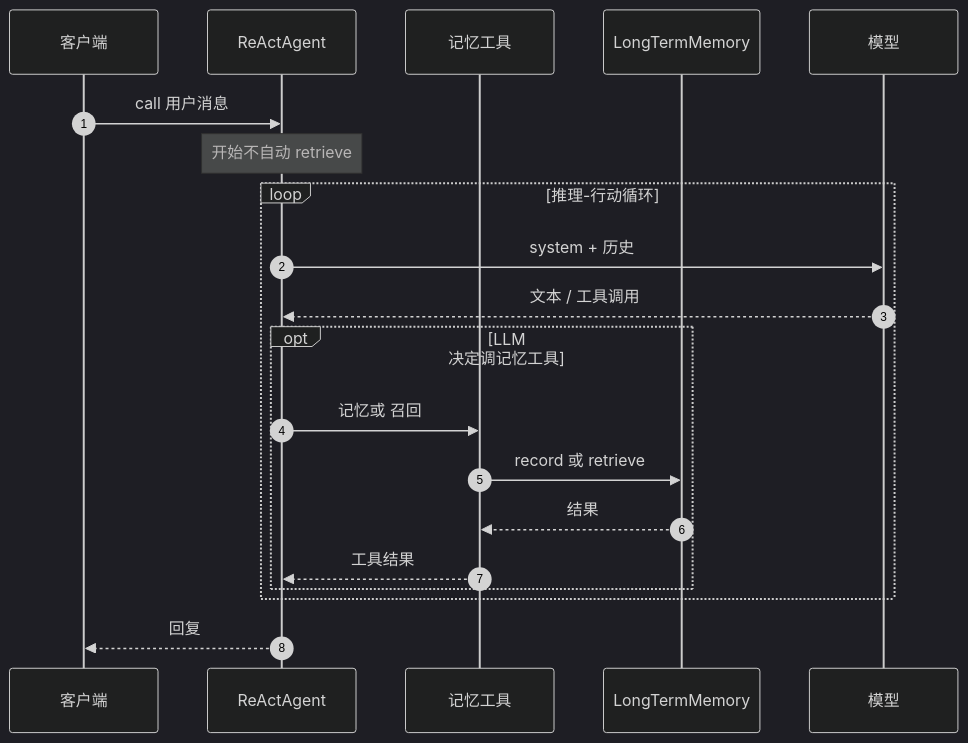
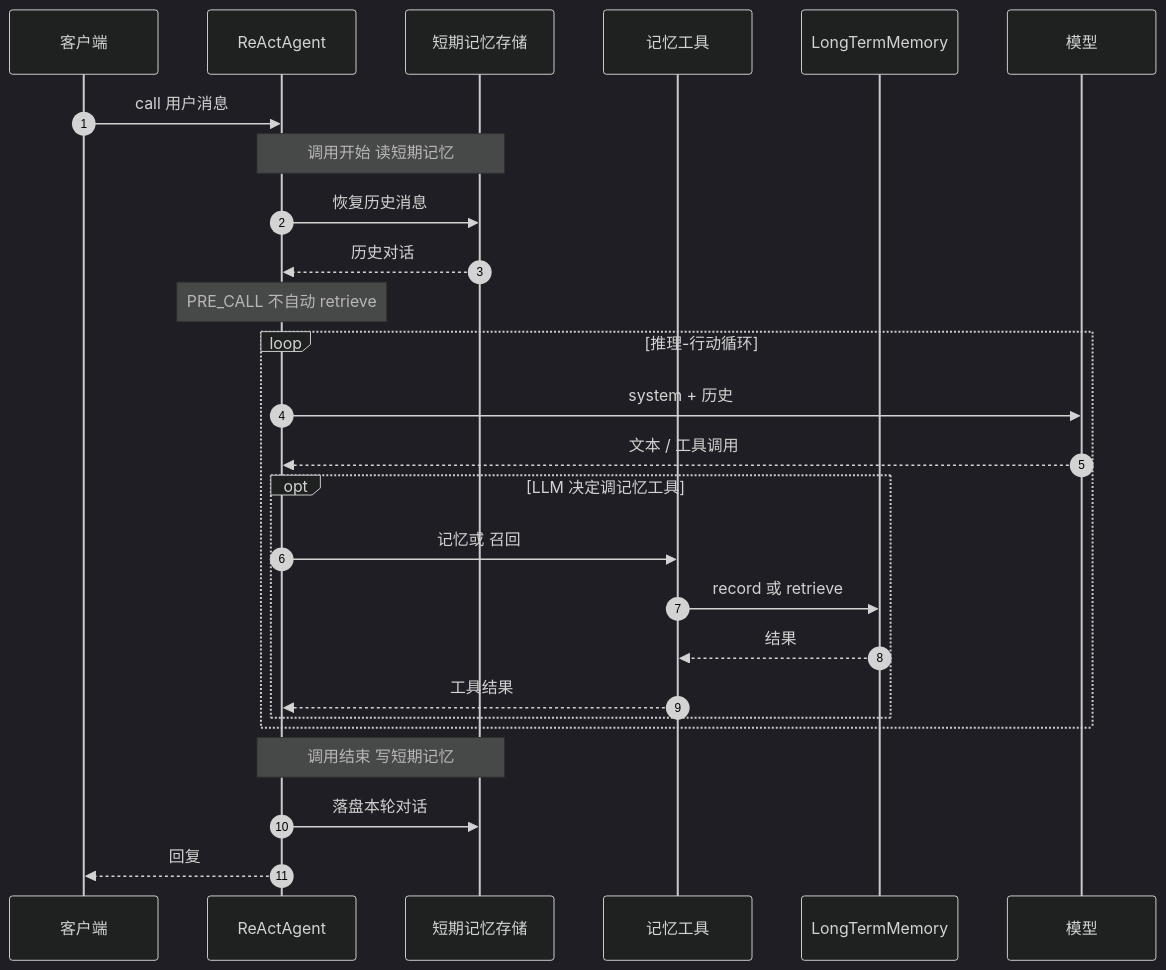
The third of 6 diagrams in docs/cn/sdk_user_guide/agentscope_memory_customer_guide.md (gaotong132/agentarts-sdk-java), drawn with Mermaid (dark theme) before and after one commit. The commit also changed other lines of this file, not shown here.

Commit message:
docs(customer): AGENT diagram add short-term memory lane (R/W at boundaries)
AGENT_CONTROL 图补短期记忆存储 lane: 调用开始恢复历史 加 调用结束落盘,
与 STATIC 一致; 区别只在长期记忆(LLM 调工具 vs 框架自动). 注明两种模式短期边界读写都有.

````diff
--- a/docs/cn/sdk_user_guide/agentscope_memory_customer_guide.md
+++ b/docs/cn/sdk_user_guide/agentscope_memory_customer_guide.md
@@ -97,23 +97,29 @@
 ```mermaid
 sequenceDiagram
     autonumber
     participant C as 客户端
     participant A as ReActAgent
+    participant S as 短期记忆存储
     participant T as 记忆工具
     participant L as LongTermMemory
     participant MM as 模型
 
     C->>A: call 用户消息
-    Note over A: 开始不自动 retrieve
+    Note over A,S: 调用开始 读短期记忆
+    A->>S: 恢复历史消息
+    S-->>A: 历史对话
+    Note over A: PRE_CALL 不自动 retrieve
     loop 推理-行动循环
         A->>MM: system + 历史
         MM-->>A: 文本 / 工具调用
         opt LLM 决定调记忆工具
             A->>T: 记忆或 召回
             T->>L: record 或 retrieve
             L-->>T: 结果
             T-->>A: 工具结果
         end
     end
+    Note over A,S: 调用结束 写短期记忆
+    A->>S: 落盘本轮对话
     A-->>C: 回复
 ```
````
